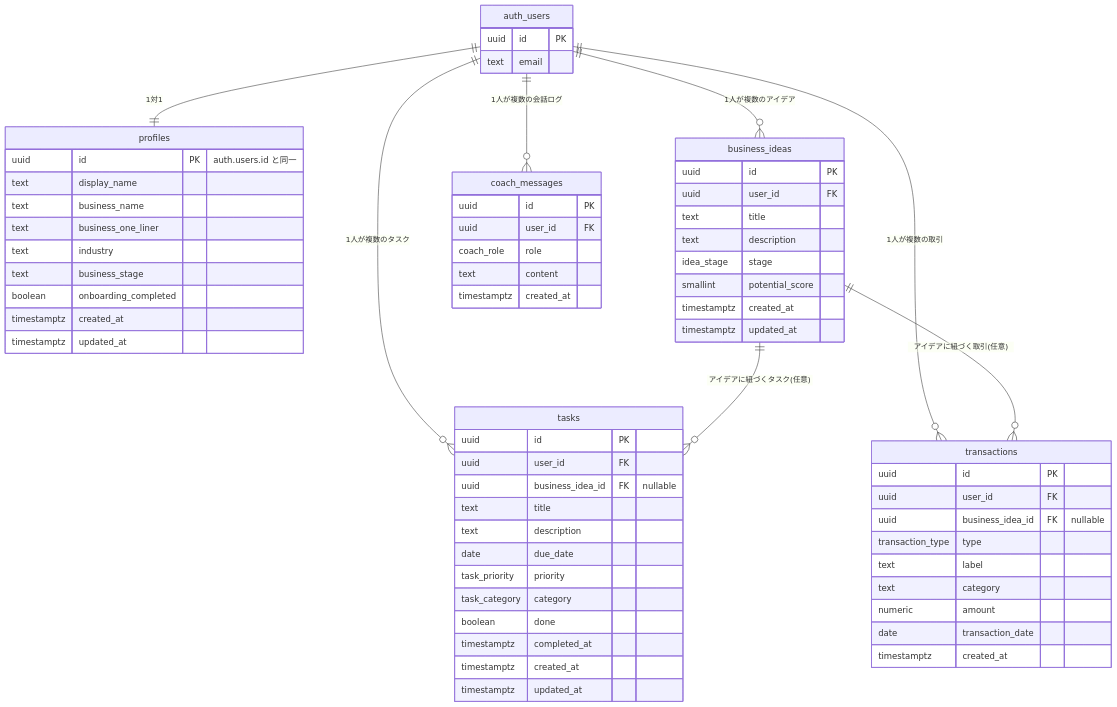
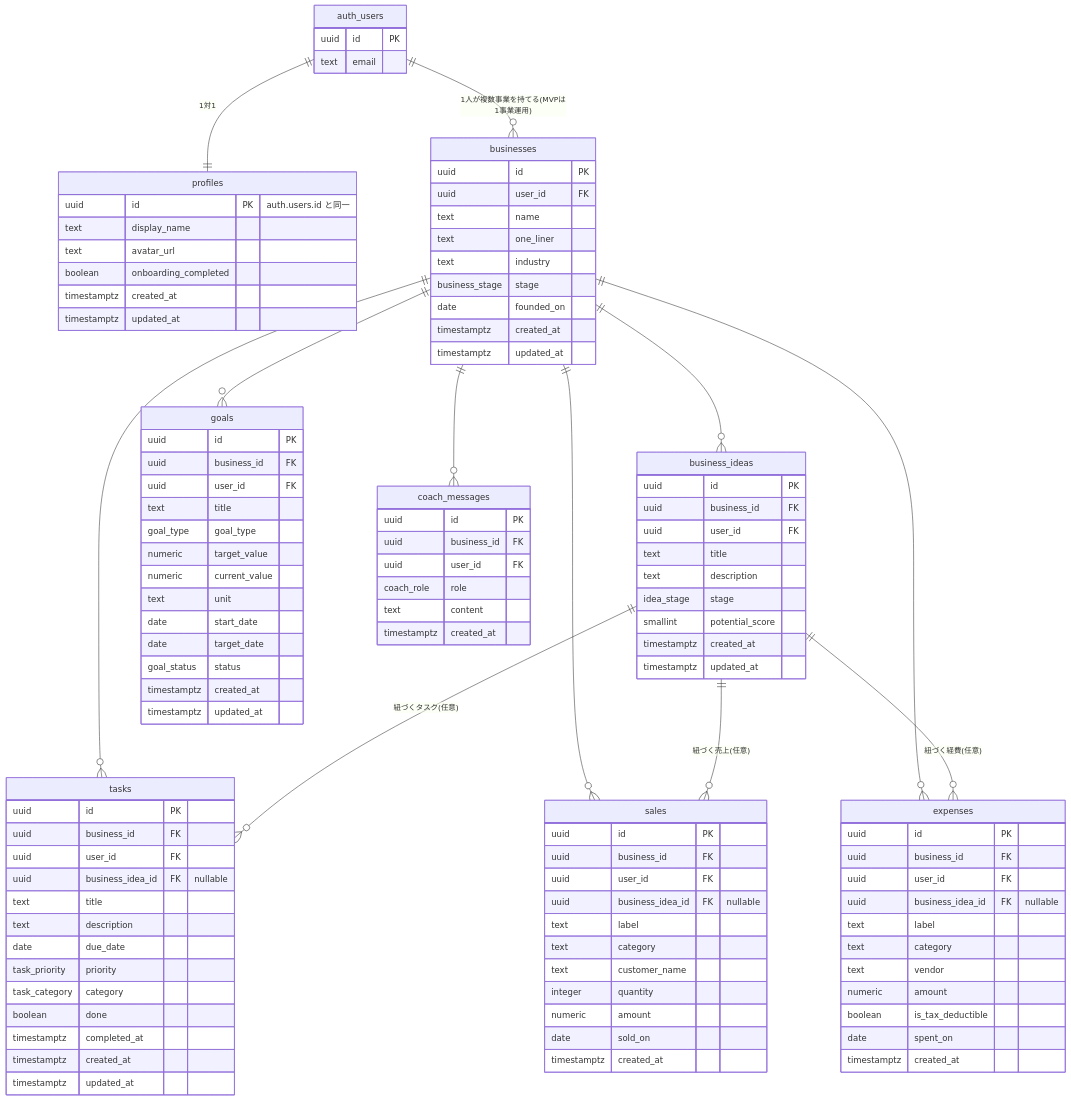
One commit to footballverse0610/axen.os changed the diagram in DATABASE_DESIGN.md. Above: the diagram before and after it, drawn with Mermaid. The commit also changed other lines of this file, not shown here.

````diff
--- a/DATABASE_DESIGN.md
+++ b/DATABASE_DESIGN.md
@@ -55,12 +52,16 @@
 ```mermaid
 erDiagram
     auth_users ||--|| profiles : "1対1"
-    auth_users ||--o{ business_ideas : "1人が複数のアイデア"
-    auth_users ||--o{ tasks : "1人が複数のタスク"
-    auth_users ||--o{ transactions : "1人が複数の取引"
-    auth_users ||--o{ coach_messages : "1人が複数の会話ログ"
-    business_ideas ||--o{ tasks : "アイデアに紐づくタスク(任意)"
-    business_ideas ||--o{ transactions : "アイデアに紐づく取引(任意)"
+    auth_users ||--o{ businesses : "1人が複数事業を持てる(MVPは1事業運用)"
+    businesses ||--o{ business_ideas : ""
+    businesses ||--o{ tasks : ""
+    businesses ||--o{ goals : ""
+    businesses ||--o{ sales : ""
+    businesses ||--o{ expenses : ""
+    businesses ||--o{ coach_messages : ""
+    business_ideas ||--o{ tasks : "紐づくタスク(任意)"
+    business_ideas ||--o{ sales : "紐づく売上(任意)"
+    business_ideas ||--o{ expenses : "紐づく経費(任意)"
 
     auth_users {
         uuid id PK
@@ -69,16 +70,25 @@
     profiles {
         uuid id PK "auth.users.id と同一"
         text display_name
-        text business_name
-        text business_one_liner
+        text avatar_url
+        boolean onboarding_completed
+        timestamptz created_at
+        timestamptz updated_at
+    }
+    businesses {
+        uuid id PK
+        uuid user_id FK
+        text name
+        text one_liner
         text industry
-        text business_stage
-        boolean onboarding_completed
+        business_stage stage
+        date founded_on
         timestamptz created_at
         timestamptz updated_at
     }
     business_ideas {
         uuid id PK
+        uuid business_id FK
         uuid user_id FK
         text title
         text description
@@ -89,6 +99,7 @@
     }
     tasks {
         uuid id PK
+        uuid business_id FK
         uuid user_id FK
         uuid business_idea_id FK "nullable"
         text title
@@ -101,19 +112,50 @@
         timestamptz created_at
         timestamptz updated_at
     }
-    transactions {
+    goals {
         uuid id PK
+        uuid business_id FK
+        uuid user_id FK
+        text title
+        goal_type goal_type
+        numeric target_value
+        numeric current_value
+        text unit
+        date start_date
+        date target_date
+        goal_status status
+        timestamptz created_at
+        timestamptz updated_at
+    }
+    sales {
+        uuid id PK
+        uuid business_id FK
         uuid user_id FK
         uuid business_idea_id FK "nullable"
-        transaction_type type
         text label
         text category
+        text customer_name
+        integer quantity
         numeric amount
-        date transaction_date
+        date sold_on
+        timestamptz created_at
+    }
+    expenses {
+        uuid id PK
+        uuid business_id FK
+        uuid user_id FK
+        uuid business_idea_id FK "nullable"
+        text label
+        text category
+        text vendor
+        numeric amount
+        boolean is_tax_deductible
+        date spent_on
         timestamptz created_at
     }
     coach_messages {
         uuid id PK
+        uuid business_id FK
         uuid user_id FK
         coach_role role
         text content
````
